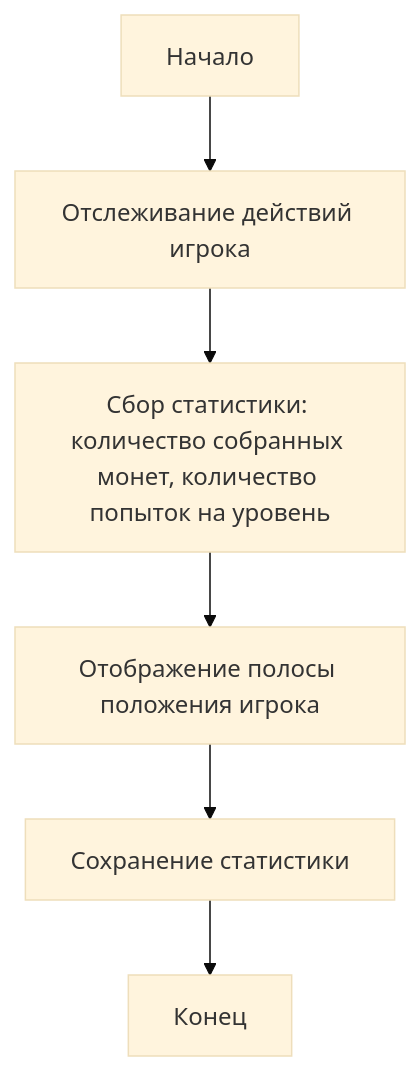
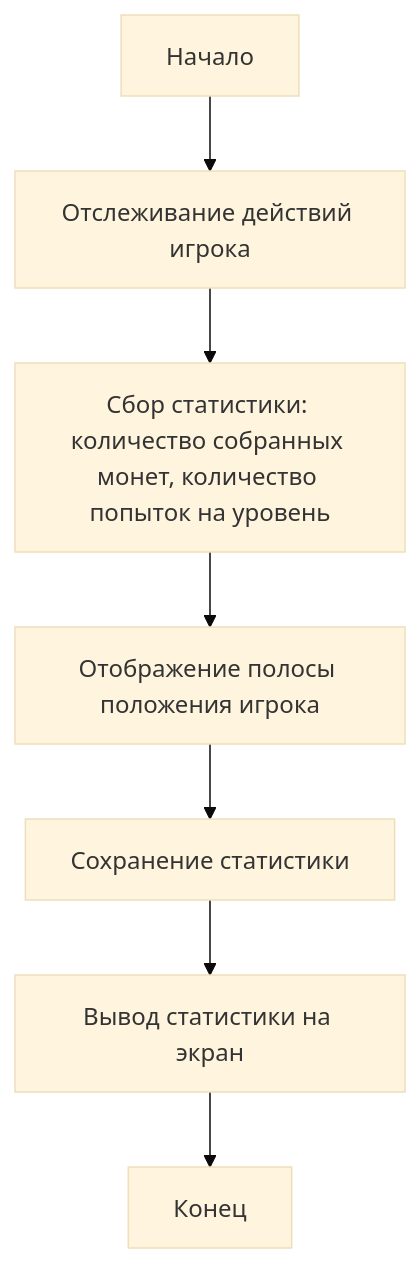
Before and after one commit to antonsemykin/-rep: the third of 3 diagrams in docs/functions.md, drawn with Mermaid (base theme).

````diff
--- a/docs/functions.md
+++ b/docs/functions.md
@@ -79,8 +79,9 @@
 ```mermaid
 graph TD;
 A[Начало] --> B[Отслеживание действий игрока];
 B --> C[Сбор статистики: количество собранных монет, количество попыток на уровень];
 C --> D[Отображение полосы положения игрока];
 D --> E[Сохранение статистики];
-E --> F[Конец];
+E --> F[Вывод статистики на экран]
+F --> J[Конец];
 ```
````
